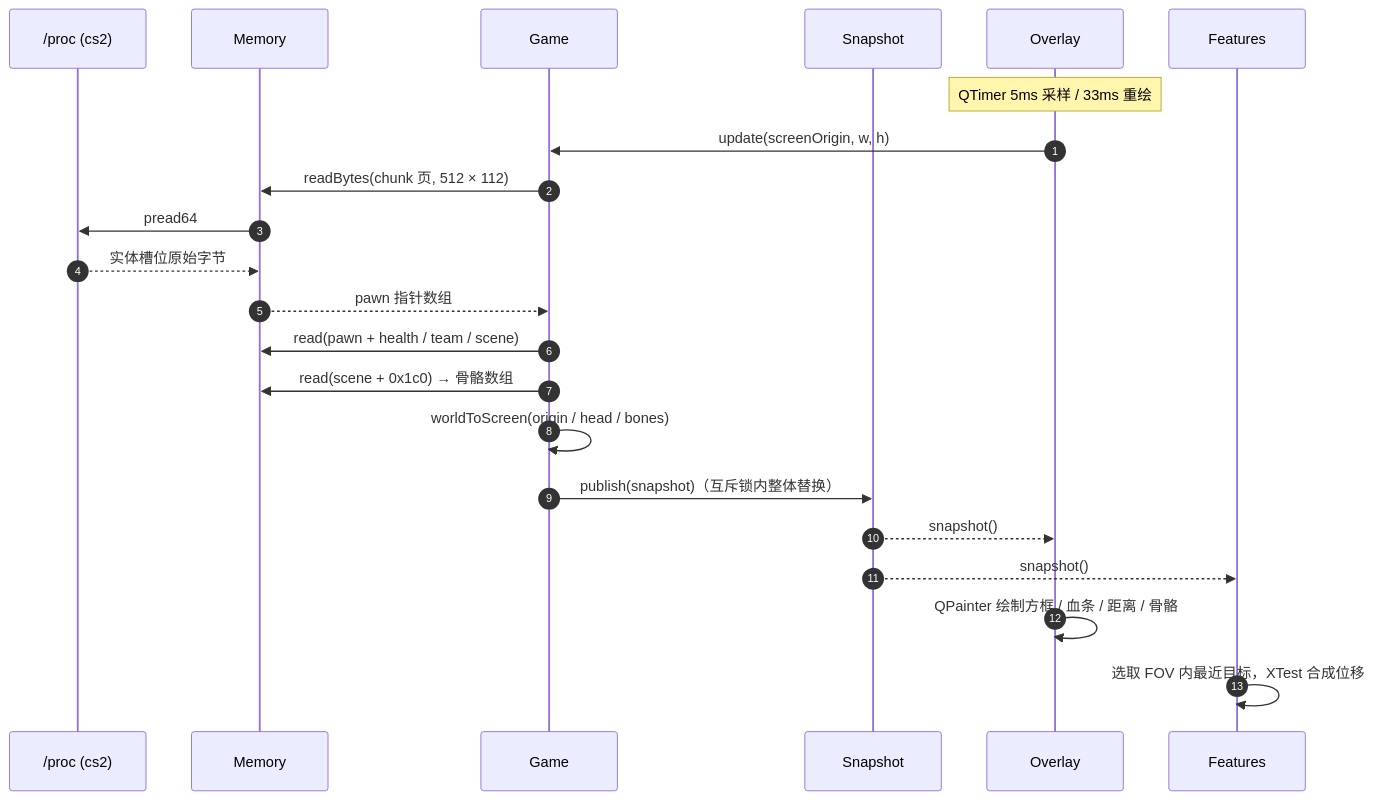
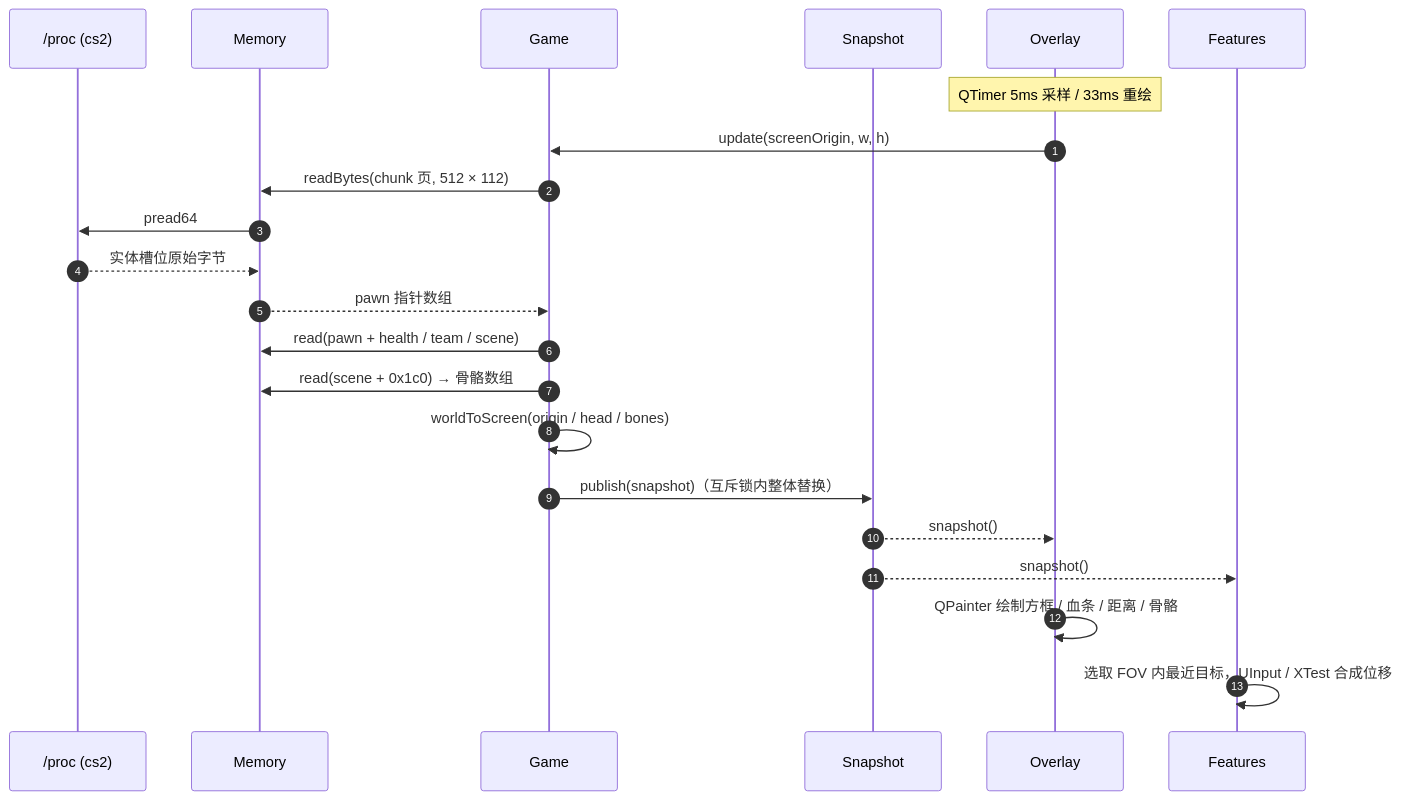
One commit to PFLcoolme/cs2-external changed the first of 3 diagrams in README.md. Above: the diagram before and after it, drawn with Mermaid. The commit also changed other lines of this file and 11 other files, not shown here.

````diff
--- a/README.md
+++ b/README.md
@@ -122,25 +123,25 @@
 ```mermaid
 sequenceDiagram
     autonumber
     participant P as /proc (cs2)
     participant M as Memory
     participant G as Game
     participant S as Snapshot
     participant O as Overlay
     participant F as Features
 
     Note over O: QTimer 5ms 采样 / 33ms 重绘
     O->>G: update(screenOrigin, w, h)
     G->>M: readBytes(chunk 页, 512 × 112)
     M->>P: pread64
     P-->>M: 实体槽位原始字节
     M-->>G: pawn 指针数组
     G->>M: read(pawn + health / team / scene)
     G->>M: read(scene + 0x1c0) → 骨骼数组
     G->>G: worldToScreen(origin / head / bones)
     G->>S: publish(snapshot)（互斥锁内整体替换）
     S-->>O: snapshot()
     S-->>F: snapshot()
     O->>O: QPainter 绘制方框 / 血条 / 距离 / 骨骼
-    F->>F: 选取 FOV 内最近目标，XTest 合成位移
+    F->>F: 选取 FOV 内最近目标，UInput / XTest 合成位移
 ```
````
